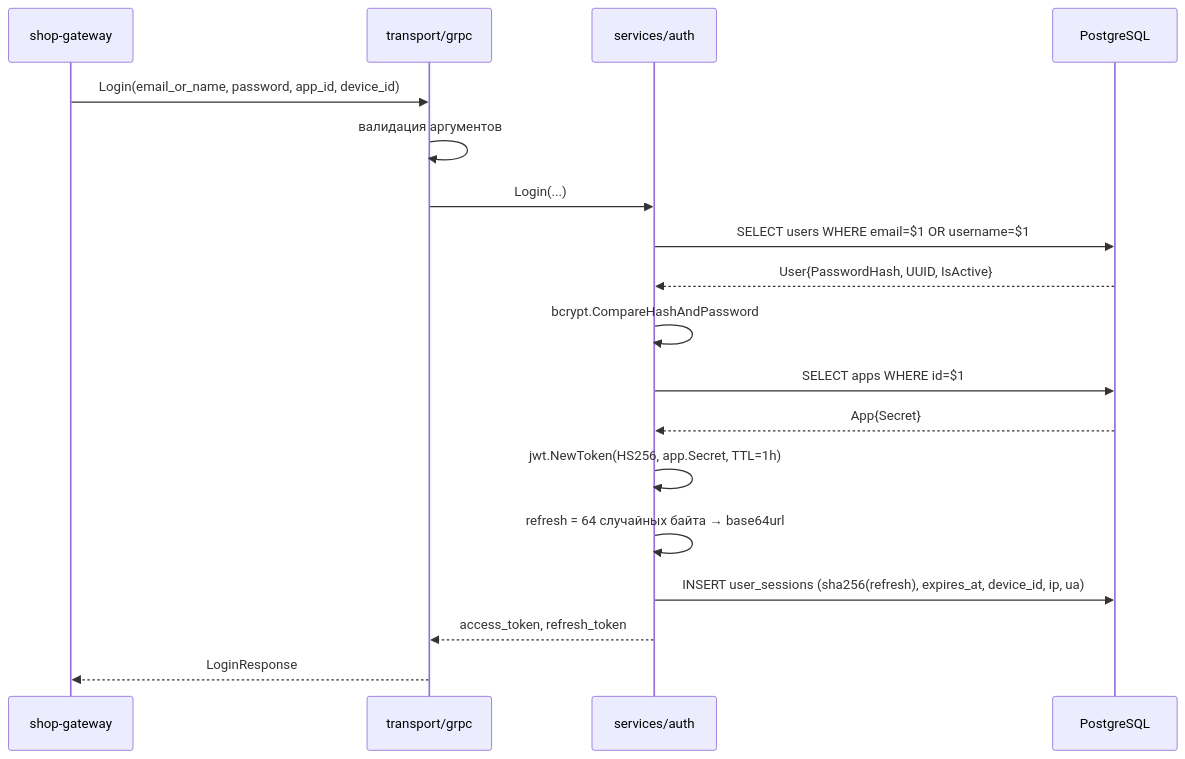
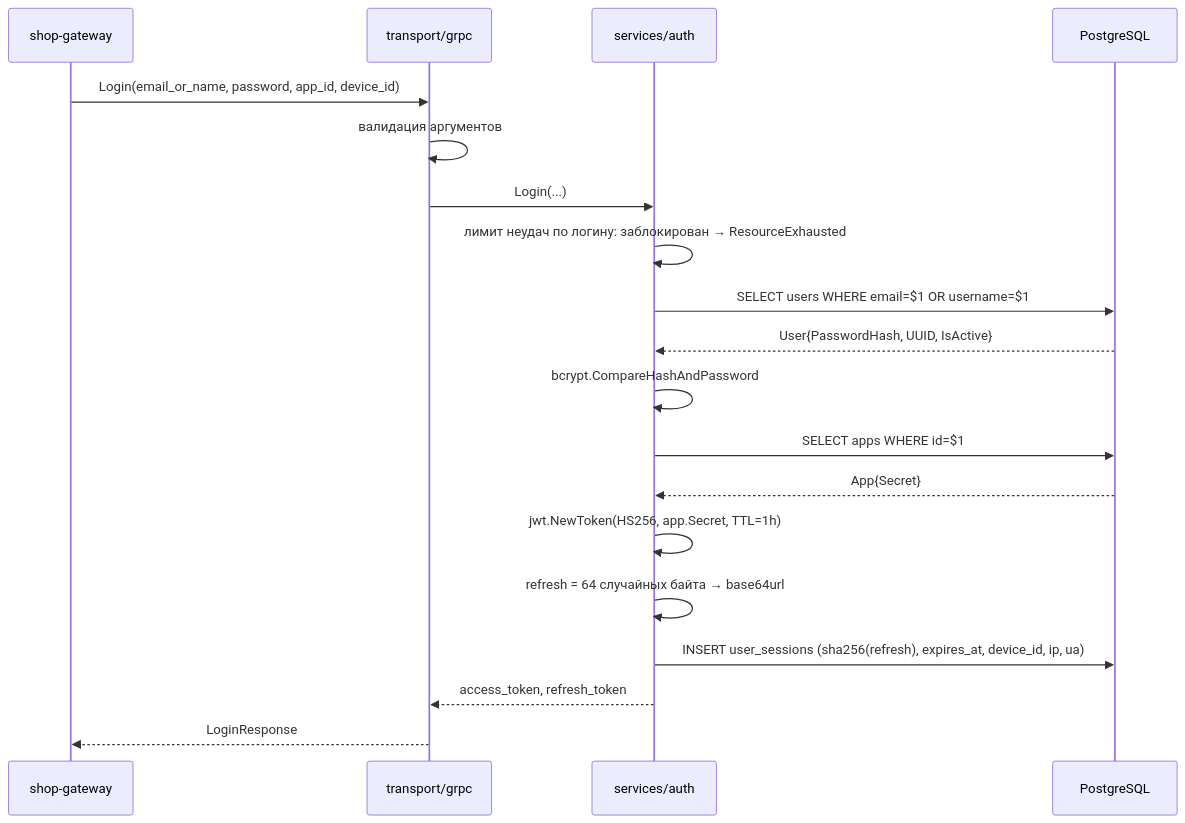
One commit to YagorX/shop-auth changed the second of 4 diagrams in README.md. Above: the diagram before and after it, drawn with Mermaid. The commit also changed other lines of this file and 17 other files, not shown here.

````diff
--- a/README.md
+++ b/README.md
@@ -110,21 +111,22 @@
 ```mermaid
 sequenceDiagram
     participant GW as shop-gateway
     participant T as transport/grpc
     participant S as services/auth
     participant DB as PostgreSQL
 
     GW->>T: Login(email_or_name, password, app_id, device_id)
     T->>T: валидация аргументов
     T->>S: Login(...)
+    S->>S: лимит неудач по логину: заблокирован → ResourceExhausted
     S->>DB: SELECT users WHERE email=$1 OR username=$1
     DB-->>S: User{PasswordHash, UUID, IsActive}
     S->>S: bcrypt.CompareHashAndPassword
     S->>DB: SELECT apps WHERE id=$1
     DB-->>S: App{Secret}
     S->>S: jwt.NewToken(HS256, app.Secret, TTL=1h)
     S->>S: refresh = 64 случайных байта → base64url
     S->>DB: INSERT user_sessions (sha256(refresh), expires_at, device_id, ip, ua)
     S-->>T: access_token, refresh_token
     T-->>GW: LoginResponse
 ```
````
